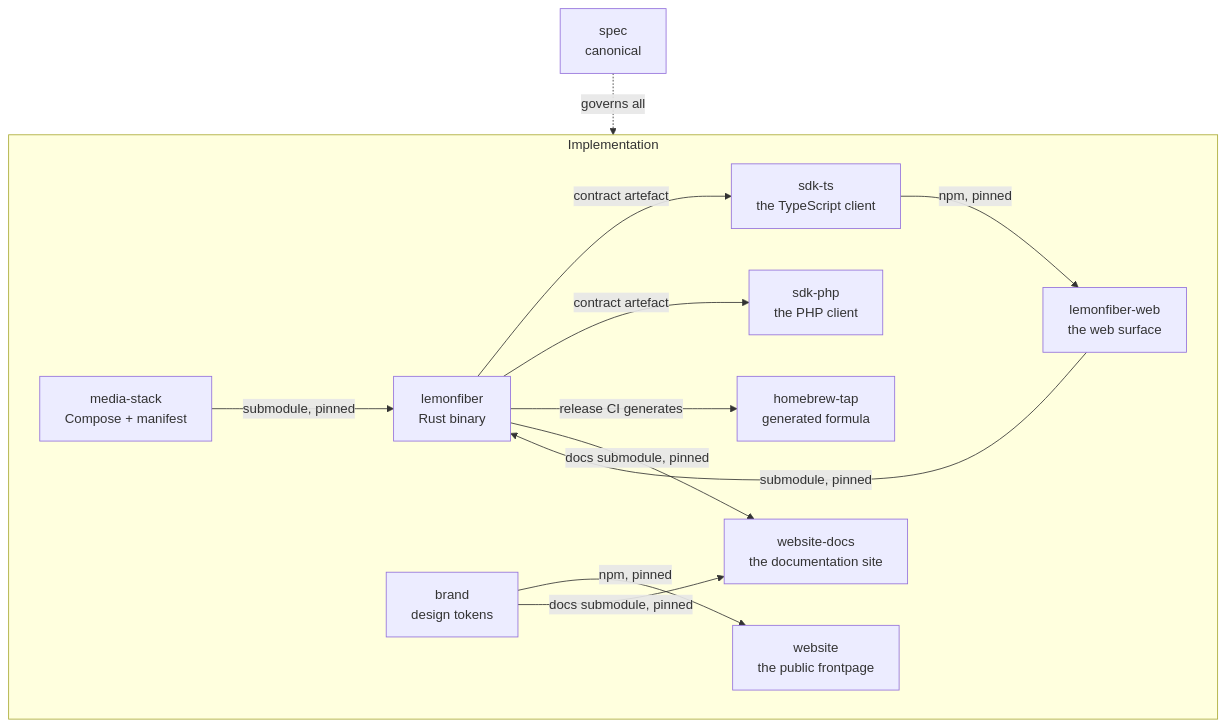
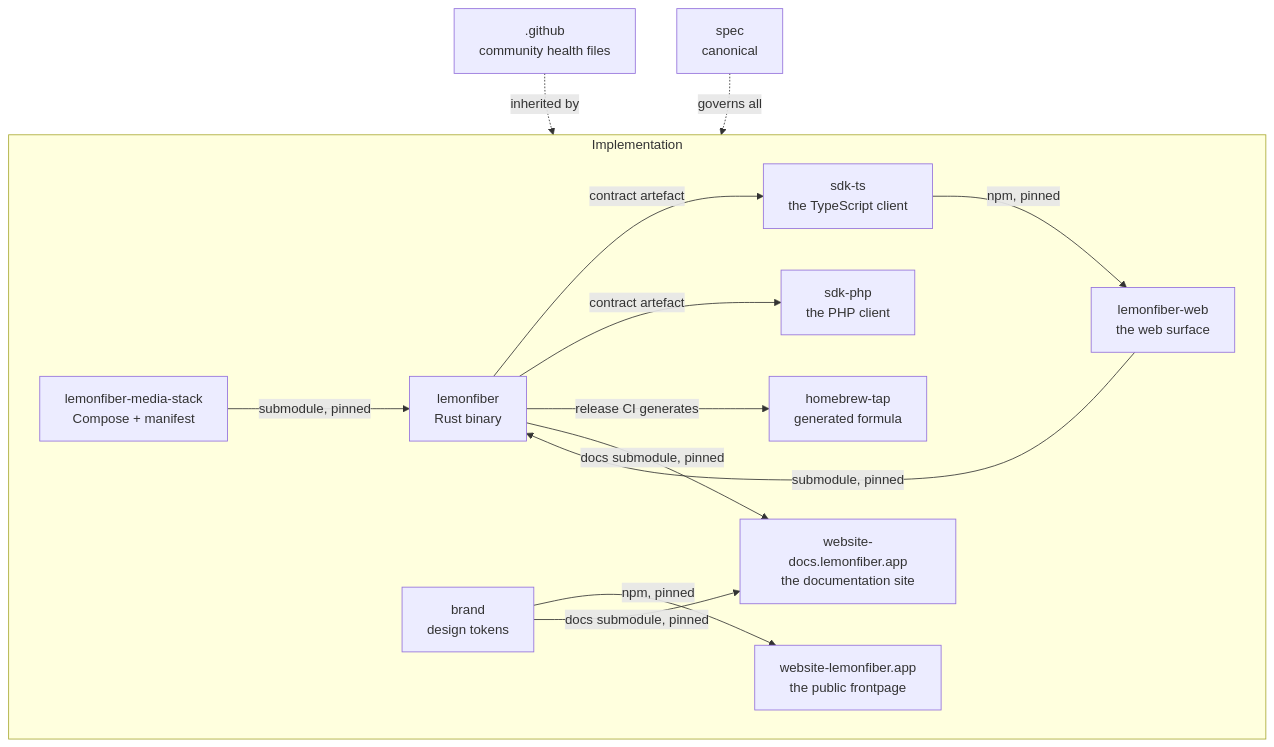
The diagram in 30-repos/README.md (lemonfiber/spec), drawn with Mermaid before and after one commit. The commit also changed other lines of this file and 33 other files, not shown here.

````diff
--- a/30-repos/README.md
+++ b/30-repos/README.md
@@ -13,27 +13,29 @@
 ```mermaid
 flowchart TD
     spec[spec<br/>canonical]
+    gh[".github<br/>community health files"]
 
     subgraph impl[Implementation]
         lemonfiber[lemonfiber<br/>Rust binary]
-        stack[media-stack<br/>Compose + manifest]
+        stack[lemonfiber-media-stack<br/>Compose + manifest]
         web[lemonfiber-web<br/>the web surface]
         sdk[sdk-ts<br/>the TypeScript client]
         sdkphp[sdk-php<br/>the PHP client]
         tap[homebrew-tap<br/>generated formula]
         brand[brand<br/>design tokens]
-        site[website<br/>the public frontpage]
-        docs[website-docs<br/>the documentation site]
+        site["website-lemonfiber.app<br/>the public frontpage"]
+        docs["website-docs.lemonfiber.app<br/>the documentation site"]
     end
 
     stack -->|submodule, pinned| lemonfiber
     web -->|submodule, pinned| lemonfiber
     sdk -->|npm, pinned| web
     lemonfiber -->|contract artefact| sdk
     lemonfiber -->|contract artefact| sdkphp
     lemonfiber -->|release CI generates| tap
     brand -->|npm, pinned| site
     lemonfiber -->|docs submodule, pinned| docs
     brand -->|docs submodule, pinned| docs
+    gh -.->|inherited by| impl
     spec -.->|governs all| impl
 ```
````
